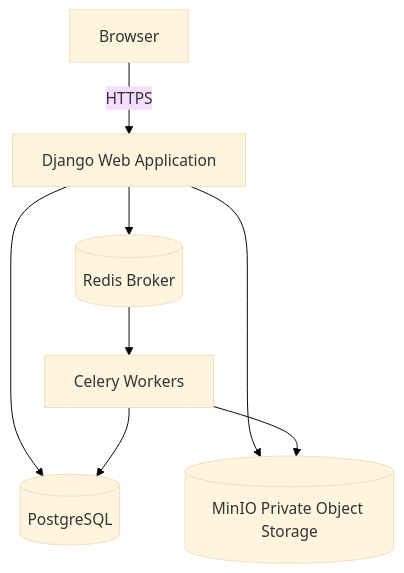
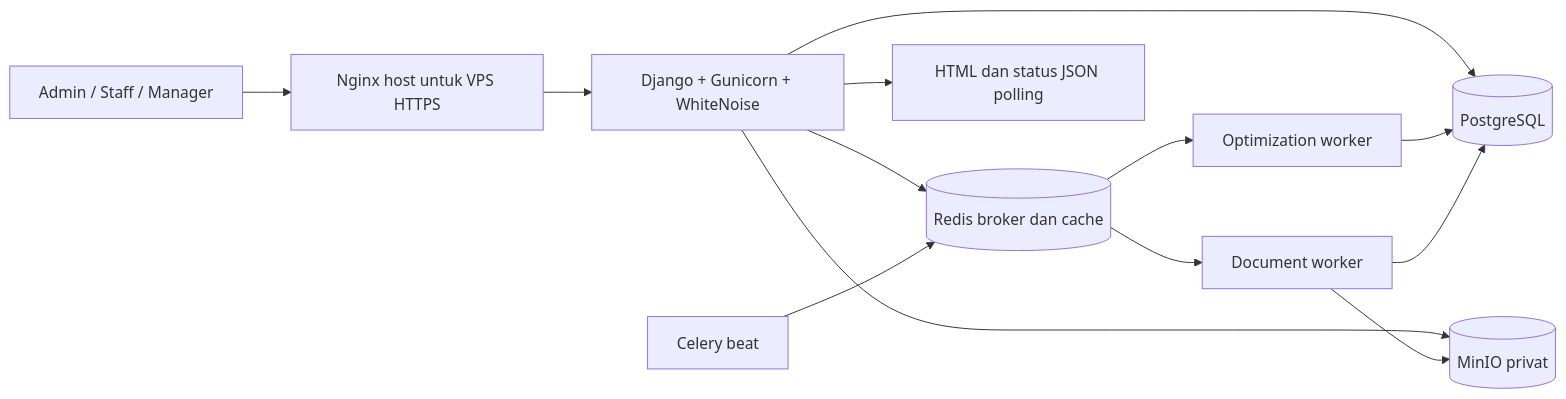
Before and after one commit to siantika/procurement-demo: the diagram in docs/05-system-architecture.md, drawn with Mermaid. The commit also changed other lines of this file and 19 other files, not shown here.

````diff
--- a/docs/05-system-architecture.md
+++ b/docs/05-system-architecture.md
@@ -95,18 +12,15 @@
-~~~mermaid
-%%{init: {"theme": "base", "themeVariables": {"background": "#ffffff"}}}%%
-flowchart TB
-    Browser[Browser]
-    Web[Django Web Application]
-    Worker[Celery Workers]
-    DB[(PostgreSQL)]
-    Broker[(Redis Broker)]
-    Storage[(MinIO Private Object Storage)]
-
-    Browser -->|HTTPS| Web
-    Web --> DB
-    Web --> Storage
-    Web --> Broker
-    Broker --> Worker
-    Worker --> DB
-    Worker --> Storage
-~~~
+```mermaid
+flowchart LR
+    U[Admin / Staff / Manager] --> P[Nginx host untuk VPS HTTPS]
+    P --> W[Django + Gunicorn + WhiteNoise]
+    W --> DB[(PostgreSQL)]
+    W --> R[(Redis broker dan cache)]
+    W --> S[(MinIO privat)]
+    R --> O[Optimization worker]
+    R --> D[Document worker]
+    O --> DB
+    D --> DB
+    D --> S
+    B[Celery beat] --> R
+    W --> T[HTML dan status JSON polling]
+```
````
